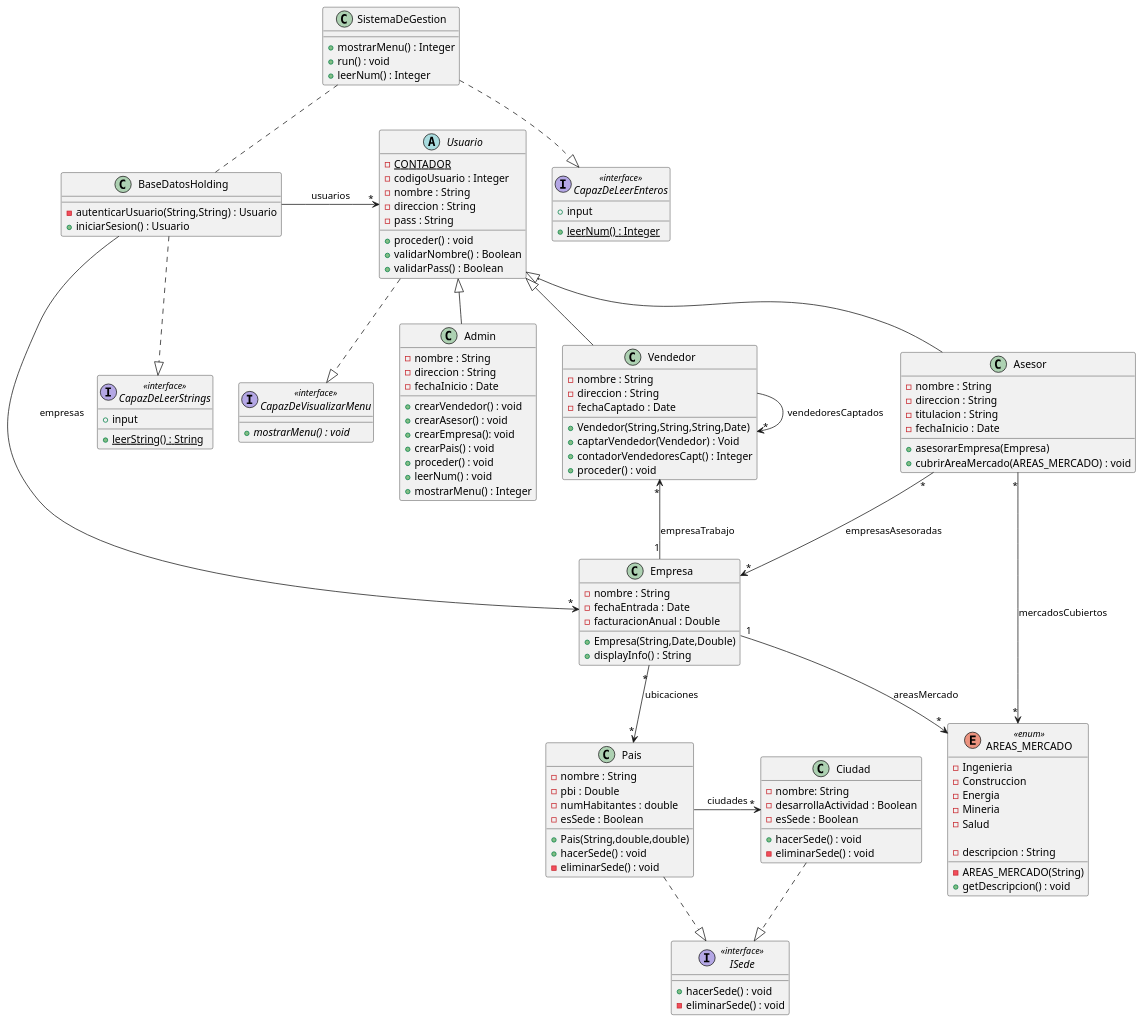
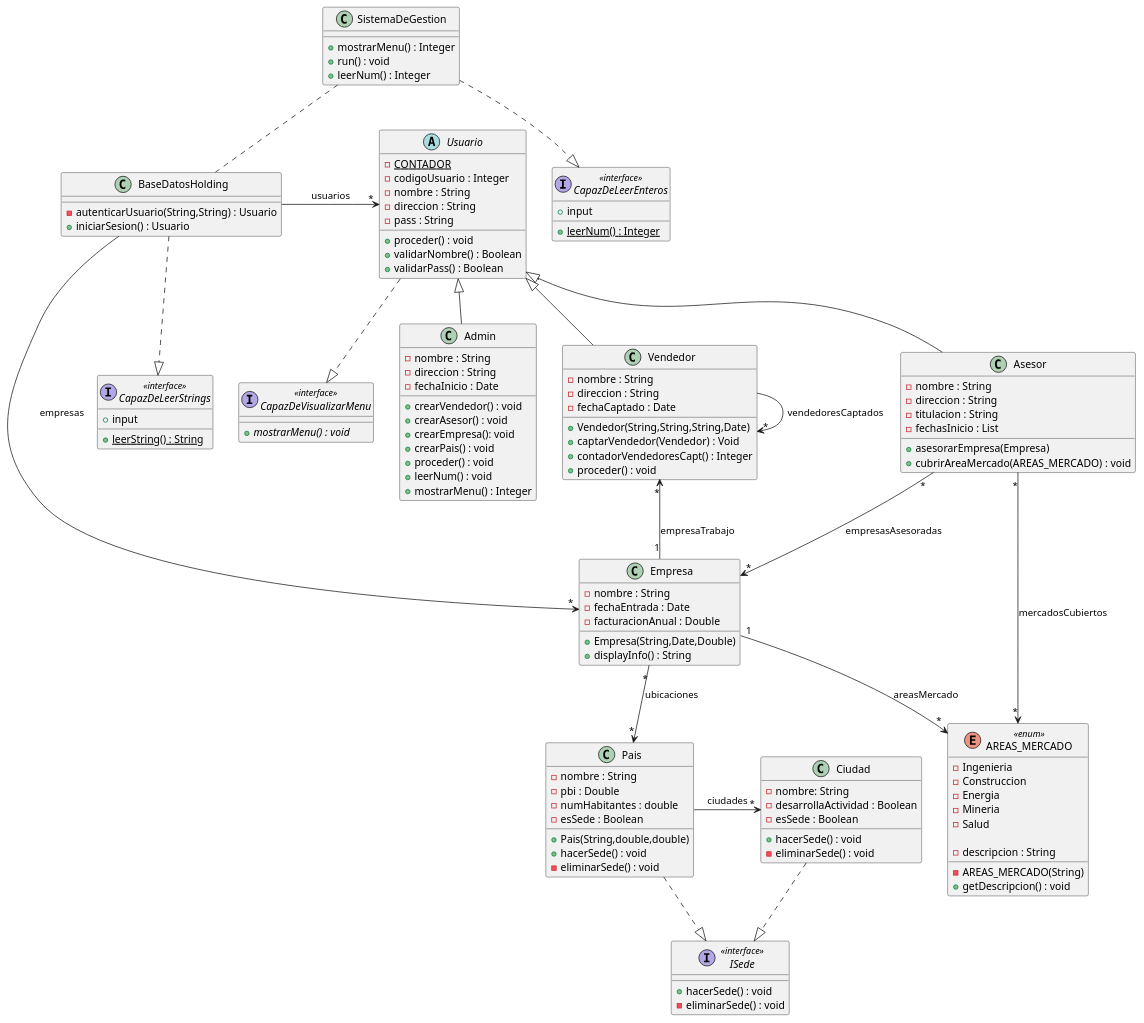
One commit to maxi-stein/Proyecto-Programacion-2 changed the diagram in proyecto-programacion2/src/holding/diagrama-de-clases.puml. Above: the diagram before and after it, drawn with PlantUML.

Commit message:
Diagrama de clases modificado

```diff
--- a/proyecto-programacion2/src/holding/diagrama-de-clases.puml
+++ b/proyecto-programacion2/src/holding/diagrama-de-clases.puml
@@ -1,136 +1,137 @@
 @startuml
 class SistemaDeGestion{
 +mostrarMenu() : Integer
 +run() : void
 +leerNum() : Integer
 }
 
 class BaseDatosHolding{
 -autenticarUsuario(String,String) : Usuario
 +iniciarSesion() : Usuario
 }
 
 abstract Usuario{
 -{static} CONTADOR
 -codigoUsuario : Integer
 -nombre : String
 -direccion : String
 -pass : String
 
 +proceder() : void
 +validarNombre() : Boolean
 +validarPass() : Boolean
 }
 
 class Vendedor extends Usuario{
     -nombre : String
     -direccion : String
     -fechaCaptado : Date
     +Vendedor(String,String,String,Date)
     +captarVendedor(Vendedor) : Void
     +contadorVendedoresCapt() : Integer
     +proceder() : void
 }
 
 class Empresa{
     -nombre : String
     -fechaEntrada : Date
     -facturacionAnual : Double
     +Empresa(String,Date,Double)
     +displayInfo() : String
 }
 
 enum  AREAS_MERCADO <<enum>> {
     -Ingenieria
     -Construccion
     -Energia
     -Mineria
     -Salud
 
     -descripcion : String
 
     -AREAS_MERCADO(String)
     +getDescripcion() : void
 
 }
 
 class Pais{
     -nombre : String
     -pbi : Double
     -numHabitantes : double
     -esSede : Boolean
 
     +Pais(String,double,double)
     +hacerSede() : void
     -eliminarSede() : void
 }
 
 class Ciudad{
     -nombre: String
     -desarrollaActividad : Boolean
     -esSede : Boolean
 
     +hacerSede() : void
     -eliminarSede() : void
 }
 
 interface ISede <<interface>>{
     +hacerSede() : void
     -eliminarSede() : void
 }
 
 interface CapazDeLeerEnteros <<interface>>{
     +input
     +{static} leerNum() : Integer
 }
 
 interface CapazDeLeerStrings <<interface>>{
     +input
     +{static} leerString() : String
 }
 
 interface CapazDeVisualizarMenu <<interface>>{
     +{abstract} mostrarMenu() : void
 }
 
 class Asesor extends Usuario{
 -nombre : String
 -direccion : String
 -titulacion : String
--fechaInicio : Date
+-fechasInicio : List
 +asesorarEmpresa(Empresa)
 +cubrirAreaMercado(AREAS_MERCADO) : void
+
 }
 
 class Admin extends Usuario{
 -nombre : String
 -direccion : String
 -fechaInicio : Date
 +crearVendedor() : void
 +crearAsesor() : void
 +crearEmpresa(): void
 +crearPais() : void
 +proceder() : void
 +leerNum() : void
 +mostrarMenu() : Integer
 }
 
 
 SistemaDeGestion -. BaseDatosHolding
 SistemaDeGestion -.|> CapazDeLeerEnteros
 BaseDatosHolding -> "*" Usuario : usuarios
 BaseDatosHolding -> "*" Empresa : empresas
 BaseDatosHolding -.|> CapazDeLeerStrings
 Usuario -.|> CapazDeVisualizarMenu
 Vendedor "*"<-- "1" Empresa : empresaTrabajo
 Vendedor -> "*" Vendedor : vendedoresCaptados
 Empresa "1"--> "*" AREAS_MERCADO : areasMercado
 Empresa "*" --> "*" Pais : ubicaciones
 Pais -> "*" Ciudad : ciudades
 Pais -.|> ISede
 Ciudad -.|> ISede
 Asesor "*"--> "*" AREAS_MERCADO : mercadosCubiertos
 Asesor "*" --> "*" Empresa : empresasAsesoradas
 
 
 @enduml
```
